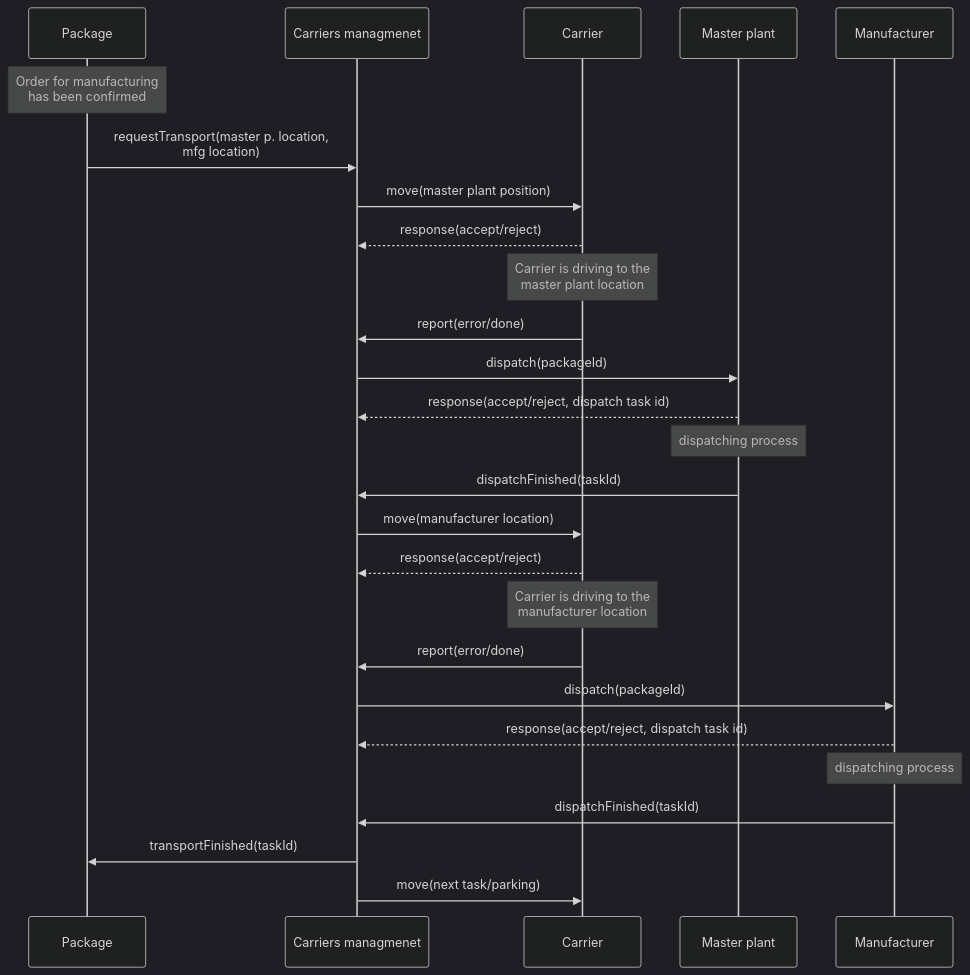
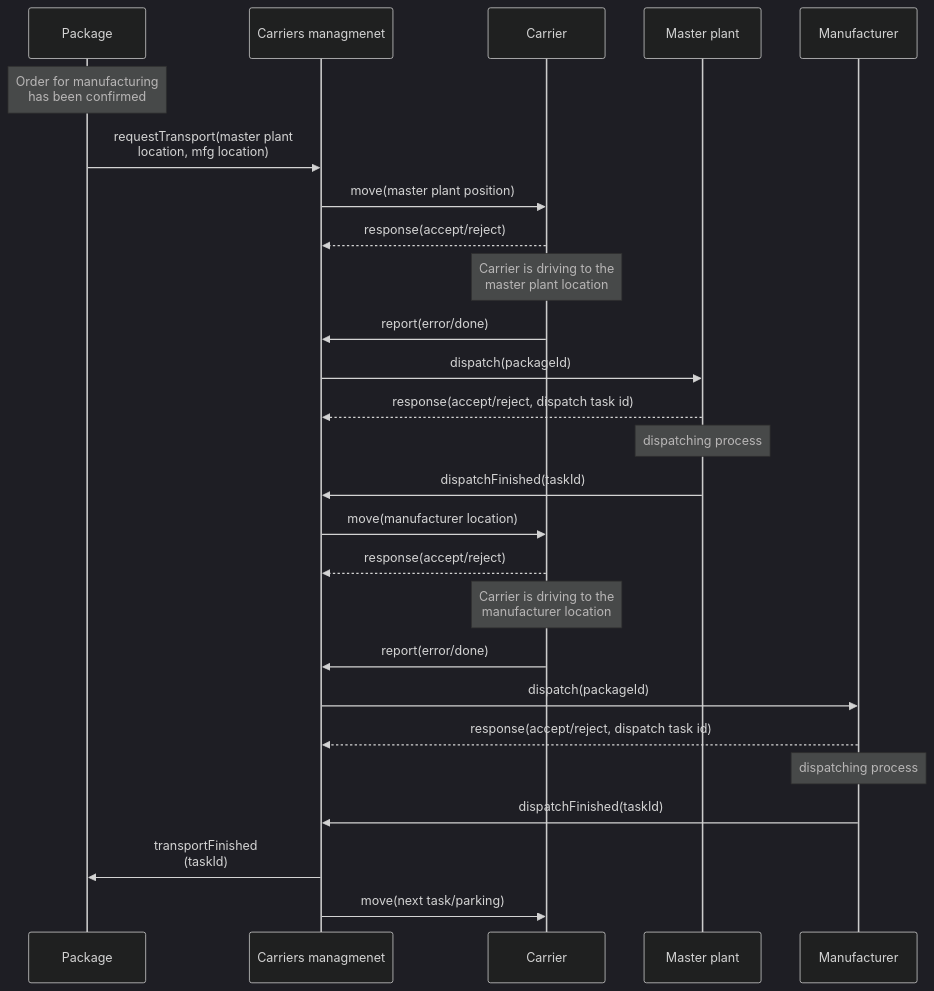
One commit to fsprojekti/shr-mfg-platform changed the second of 2 diagrams in README.md. Above: the diagram before and after it, drawn with Mermaid (dark theme).

````diff
--- a/README.md
+++ b/README.md
@@ -75,32 +75,32 @@
 ```mermaid
 
 sequenceDiagram
 participant P as Package
     Note over P: Order for manufacturing <br>has been confirmed
 participant C as Carriers managmenet
 participant A as Carrier
 participant O as Master plant 
 participant M as Manufacturer 
 
-P->>C: requestTransport(master p. location, <br>mfg location)
+P->>C: requestTransport(master plant <br>location, mfg location)
 C->>A: move(master plant position)
 A-->>C: response(accept/reject)
 Note over A: Carrier is driving to the <br>master plant location
 A->>C: report(error/done)
 C->>O: dispatch(packageId)
 O-->>C: response(accept/reject, dispatch task id)
 Note over O: dispatching process
 O->>C: dispatchFinished(taskId)
 C->>A: move(manufacturer location)
 
 A-->>C: response(accept/reject)
 Note over A: Carrier is driving to the <br>manufacturer location
 A->>C: report(error/done)
 C->>M: dispatch(packageId)
 M-->>C: response(accept/reject, dispatch task id)
 Note over M: dispatching process
 M->>C: dispatchFinished(taskId)
-C->>P: transportFinished(taskId)
+C->>P: transportFinished <br>(taskId)
 C->>A: move(next task/parking)
 
 ```
````
